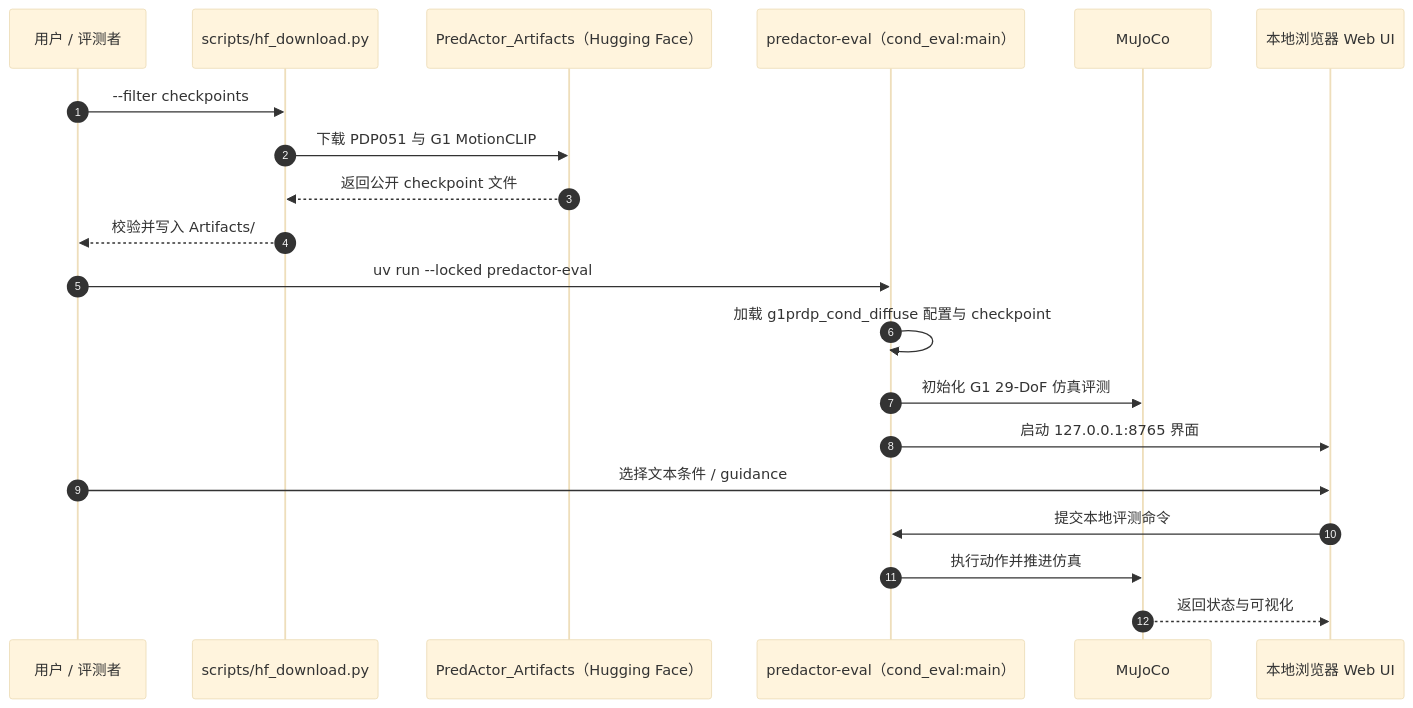
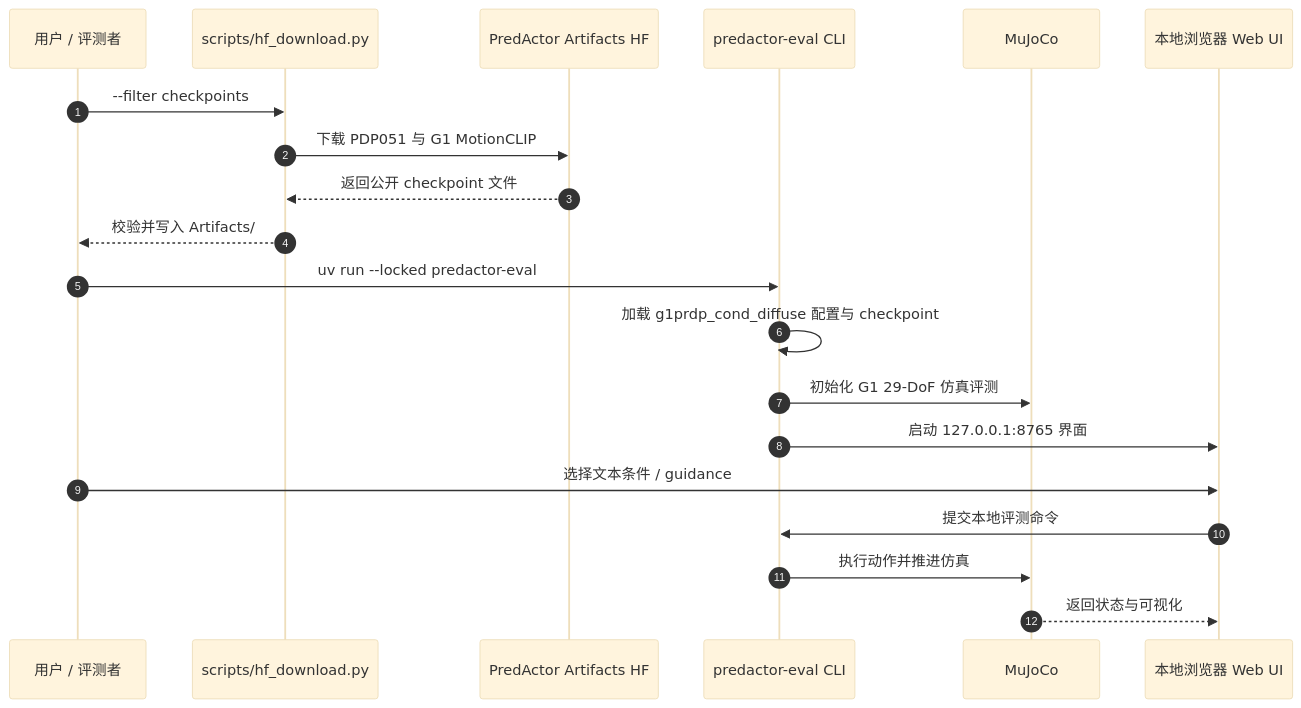
Before and after one commit to ImChong/Robotics_Notebooks: the second of 2 diagrams in wiki/entities/paper-predactor.md, drawn with Mermaid (base theme).

Commit message:
Keep PredActor sequence diagram labels Mermaid-safe

````diff
--- a/wiki/entities/paper-predactor.md
+++ b/wiki/entities/paper-predactor.md
@@ -94,22 +94,22 @@
 ```mermaid
 sequenceDiagram
   autonumber
   participant User as 用户 / 评测者
   participant DL as scripts/hf_download.py
-  participant HF as PredActor_Artifacts（Hugging Face）
-  participant CLI as predactor-eval（cond_eval:main）
+  participant HF as PredActor Artifacts HF
+  participant CLI as predactor-eval CLI
   participant Sim as MuJoCo
   participant UI as 本地浏览器 Web UI
   User->>DL: --filter checkpoints
   DL->>HF: 下载 PDP051 与 G1 MotionCLIP
   HF-->>DL: 返回公开 checkpoint 文件
   DL-->>User: 校验并写入 Artifacts/
   User->>CLI: uv run --locked predactor-eval
   CLI->>CLI: 加载 g1prdp_cond_diffuse 配置与 checkpoint
   CLI->>Sim: 初始化 G1 29-DoF 仿真评测
   CLI->>UI: 启动 127.0.0.1:8765 界面
   User->>UI: 选择文本条件 / guidance
   UI->>CLI: 提交本地评测命令
   CLI->>Sim: 执行动作并推进仿真
   Sim-->>UI: 返回状态与可视化
 ```
````
